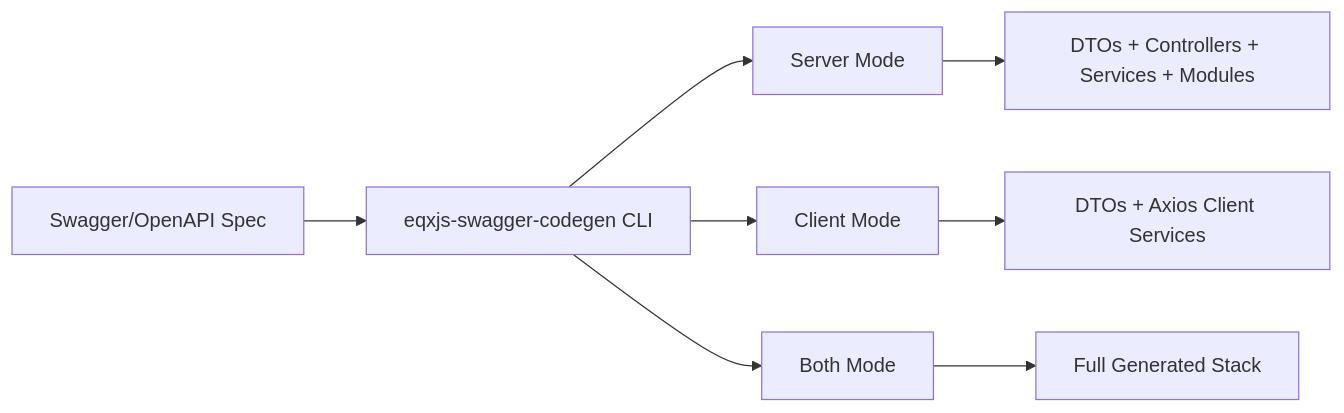
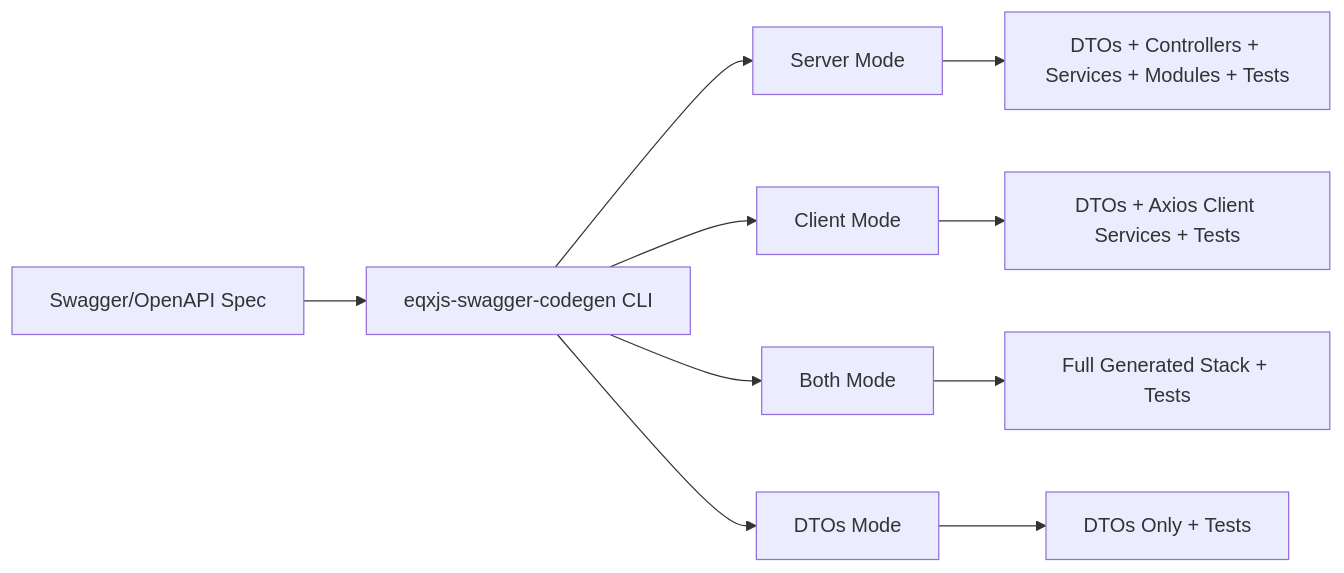
The diagram in eqxjs-framework/03-swagger-codegen/module-01-introduction.md (aretit2533/cronus-course-document), drawn with Mermaid before and after one commit. The commit also changed other lines of this file and 8 other files, not shown here.

````diff
--- a/eqxjs-framework/03-swagger-codegen/module-01-introduction.md
+++ b/eqxjs-framework/03-swagger-codegen/module-01-introduction.md
@@ -60,10 +71,12 @@
 ```mermaid
 flowchart LR
   A[Swagger/OpenAPI Spec] --> B[eqxjs-swagger-codegen CLI]
   B --> C[Server Mode]
   B --> D[Client Mode]
   B --> E[Both Mode]
-  C --> F[DTOs + Controllers + Services + Modules]
-  D --> G[DTOs + Axios Client Services]
-  E --> H[Full Generated Stack]
+  B --> F[DTOs Mode]
+  C --> G[DTOs + Controllers + Services + Modules + Tests]
+  D --> H[DTOs + Axios Client Services + Tests]
+  E --> I[Full Generated Stack + Tests]
+  F --> J[DTOs Only + Tests]
 ```
````
